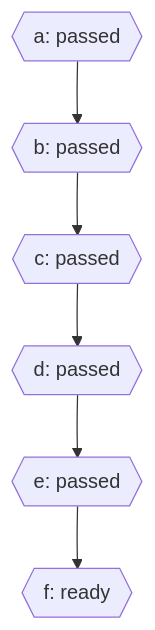
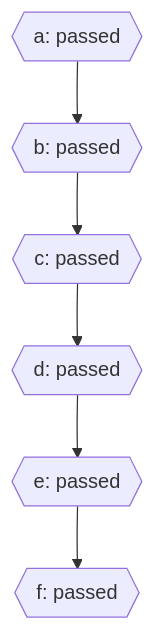
Before and after one commit to gosomea/dsh-task-supervisor: the diagram in docs/10-plans/conversation-and-review-recovery/dag.mmd, drawn with Mermaid. The commit also changed 37 other files, not shown here.

```diff
--- a/docs/10-plans/conversation-and-review-recovery/dag.mmd
+++ b/docs/10-plans/conversation-and-review-recovery/dag.mmd
@@ -1,12 +1,12 @@
 flowchart TD
   a{{"a: passed"}}
   b{{"b: passed"}}
   a --> b
   c{{"c: passed"}}
   b --> c
   d{{"d: passed"}}
   c --> d
   e{{"e: passed"}}
   d --> e
-  f{{"f: ready"}}
+  f{{"f: passed"}}
   e --> f
```
